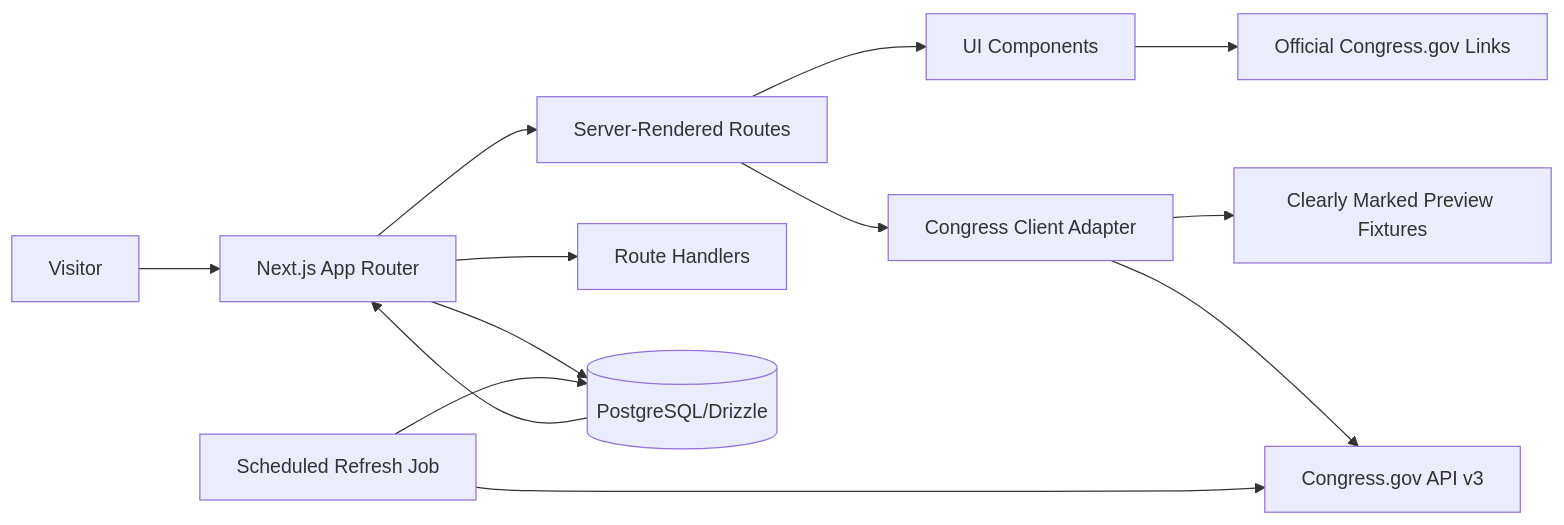
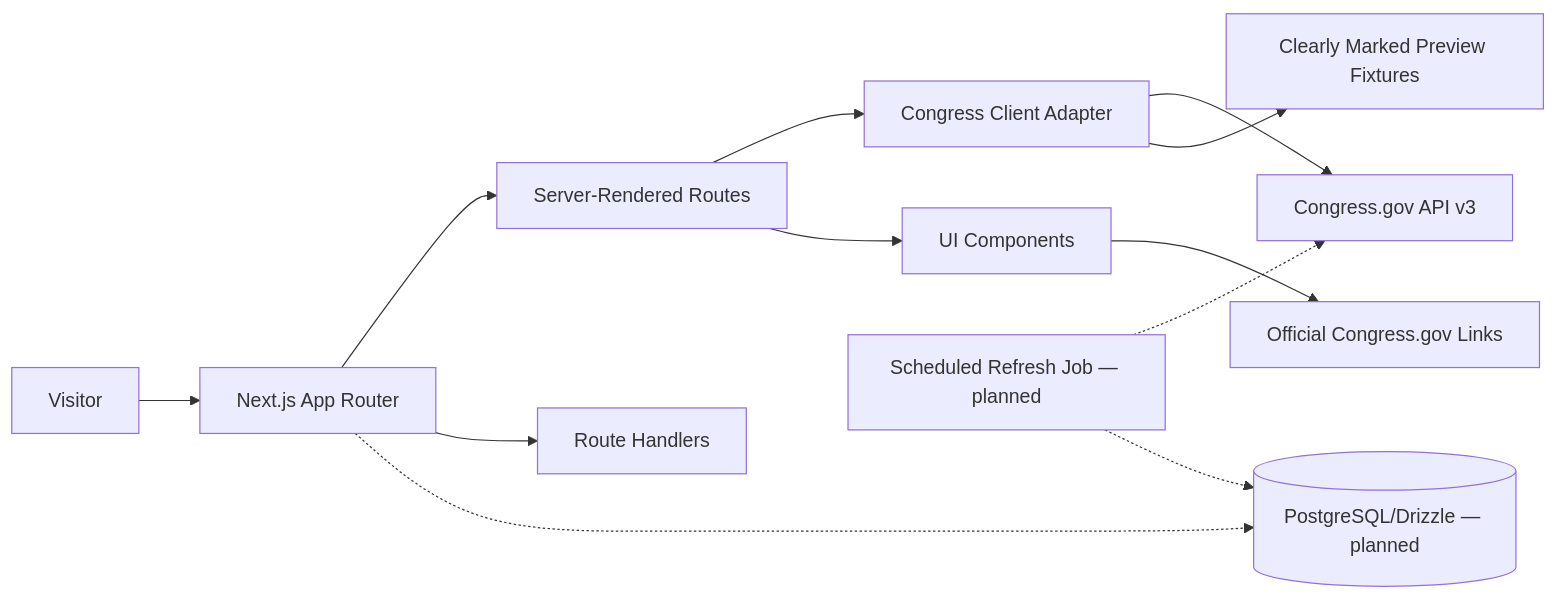
Before and after one commit to ehharding/civic-ledger: the diagram in docs/architecture.md, drawn with Mermaid. The commit also changed other lines of this file and 16 other files, not shown here.

````diff
--- a/docs/architecture.md
+++ b/docs/architecture.md
@@ -24,15 +24,14 @@
 ```mermaid
 flowchart LR
     V[Visitor] --> N[Next.js App Router]
     N --> P[Server-Rendered Routes]
     N --> R[Route Handlers]
     P --> C[Congress Client Adapter]
     C --> A[Congress.gov API v3]
     C --> F[Clearly Marked Preview Fixtures]
     P --> U[UI Components]
     U --> O[Official Congress.gov Links]
-    N --> D[(PostgreSQL/Drizzle)]
-    J[Scheduled Refresh Job] --> A
-    J --> D
-    D --> N
+    N -.-> D[(PostgreSQL/Drizzle — planned)]
+    J[Scheduled Refresh Job — planned] -.-> A
+    J -.-> D
 ```
````
